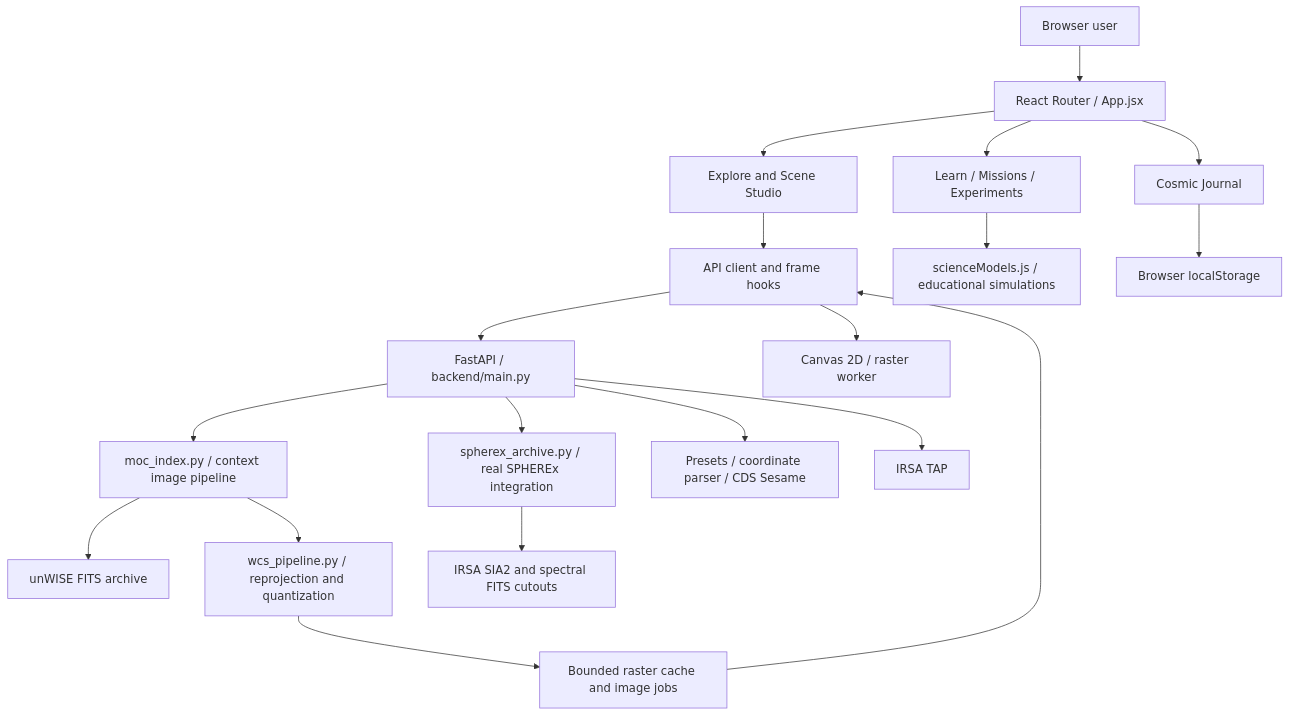
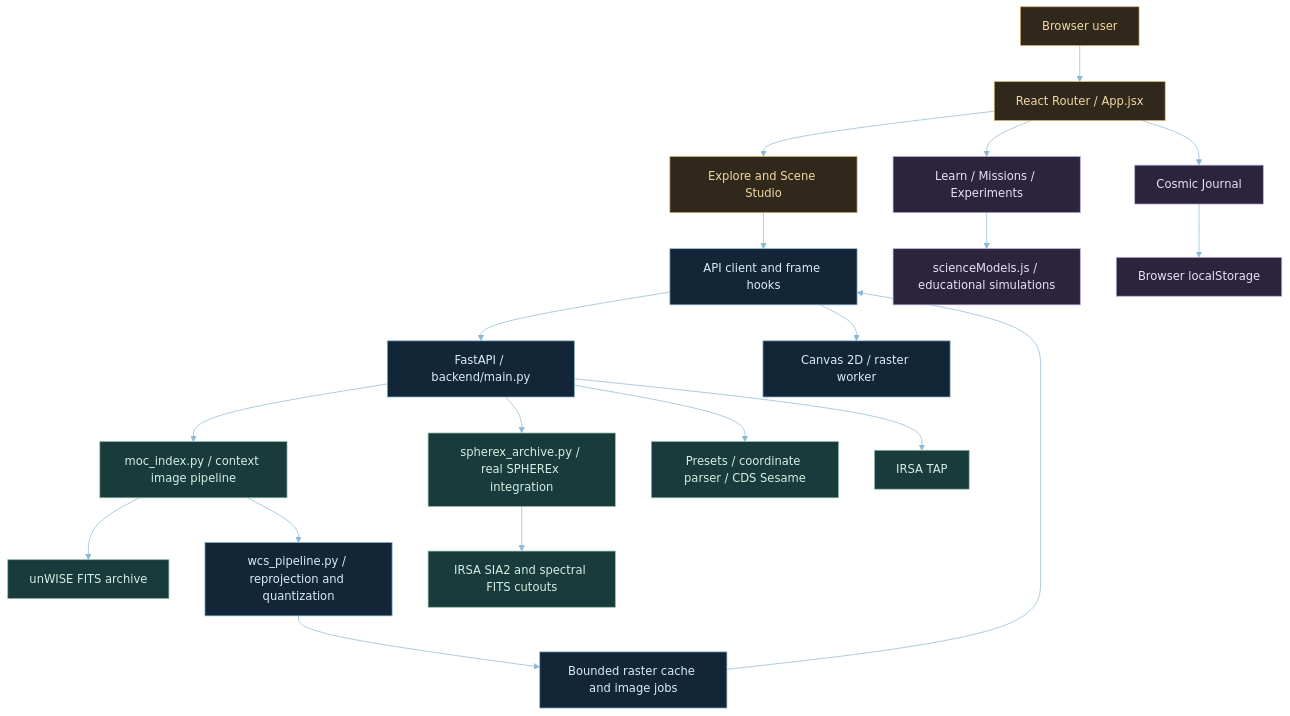
The first of 5 diagrams in README.md (Kaashviw3spaces/NASA-spherex-sky-explorer), drawn with Mermaid before and after one commit. The commit also changed other lines of this file and 2 other files, not shown here.

````diff
--- a/README.md
+++ b/README.md
@@ -50,21 +82,30 @@
 ```mermaid
+%%{init: {"theme": "base", "themeVariables": {"background": "#07090E", "primaryColor": "#132638", "primaryTextColor": "#E8EDF4", "primaryBorderColor": "#D8B26E", "lineColor": "#8BB8D4", "secondaryColor": "#193B3C", "tertiaryColor": "#2B243D", "fontFamily": "Arial"}}}%%
 flowchart TB
     User[Browser user] --> Router[React Router / App.jsx]
     Router --> Explore[Explore and Scene Studio]
     Router --> Learning[Learn / Missions / Experiments]
     Router --> Journal[Cosmic Journal]
     Explore --> Client[API client and frame hooks]
     Client --> API[FastAPI / backend/main.py]
     API --> Context[moc_index.py / context image pipeline]
     API --> SPX[spherex_archive.py / real SPHEREx integration]
     API --> Names[Presets / coordinate parser / CDS Sesame]
     API --> Catalog[IRSA TAP]
     Context --> unWISE[unWISE FITS archive]
     Context --> WCS[wcs_pipeline.py / reprojection and quantization]
     WCS --> Cache[Bounded raster cache and image jobs]
     SPX --> IRSA[IRSA SIA2 and spectral FITS cutouts]
     Cache --> Client
     Client --> Canvas[Canvas 2D / raster worker]
     Learning --> Models[scienceModels.js / educational simulations]
     Journal --> Local[Browser localStorage]
+    classDef gold fill:#30291B,stroke:#D8B26E,color:#F1D7A7
+    classDef blue fill:#132638,stroke:#8BB8D4,color:#D9EBFA
+    classDef green fill:#193B3C,stroke:#8CBAA8,color:#D6EEE2
+    classDef violet fill:#2B243D,stroke:#BDA8D9,color:#EAE0F6
+    class User,Router,Explore gold
+    class Client,API,WCS,Cache,Canvas blue
+    class Context,SPX,unWISE,IRSA,Names,Catalog green
+    class Learning,Models,Journal,Local violet
 ```
````
